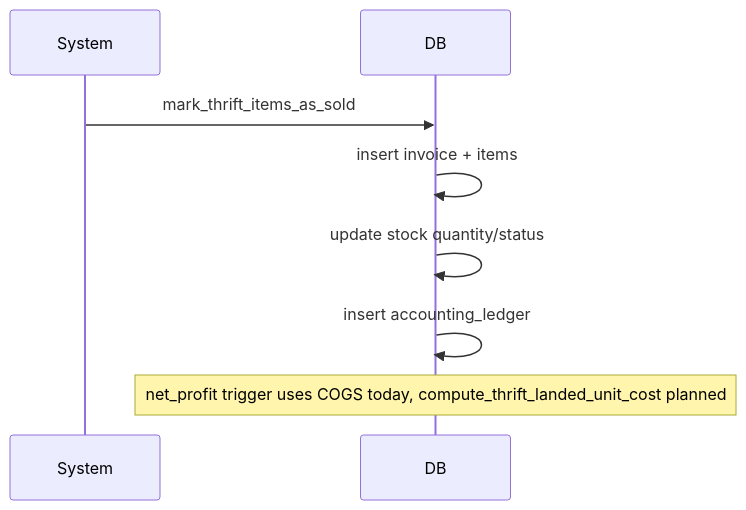
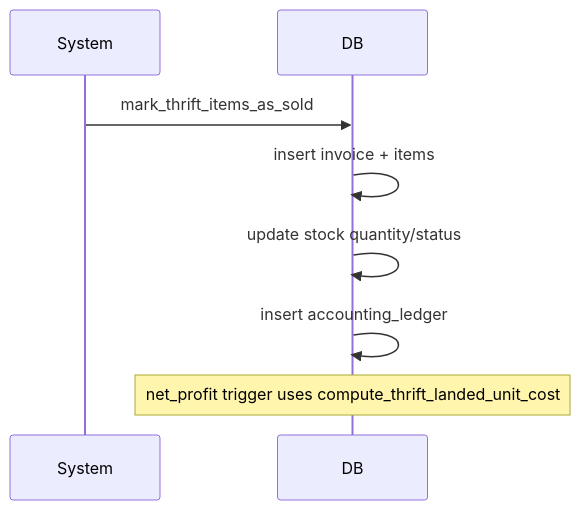
One commit to david-git-2/brandwala-wholesale-quasar-v2 changed the sixth of 7 diagrams in doc/THRIFT.md. Above: the diagram before and after it, drawn with Mermaid. The commit also changed other lines of this file and 15 other files, not shown here.

````diff
--- a/doc/THRIFT.md
+++ b/doc/THRIFT.md
@@ -573,11 +575,11 @@
 ```mermaid
 sequenceDiagram
   participant System
   participant DB
 
   System->>DB: mark_thrift_items_as_sold
   DB->>DB: insert invoice + items
   DB->>DB: update stock quantity/status
   DB->>DB: insert accounting_ledger
-  Note over DB: net_profit trigger uses COGS today, compute_thrift_landed_unit_cost planned
+  Note over DB: net_profit trigger uses compute_thrift_landed_unit_cost
 ```
````
